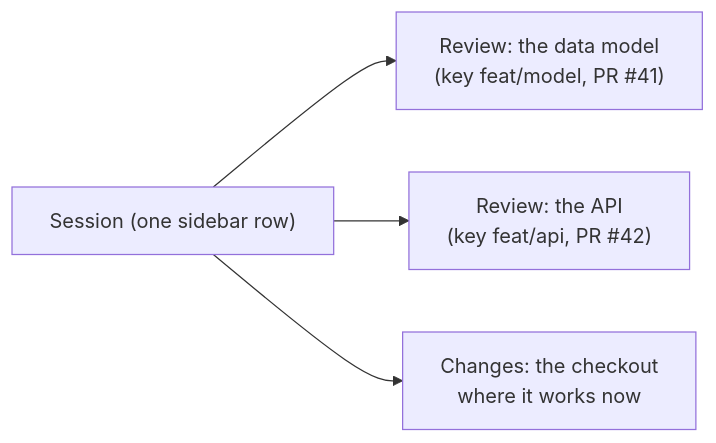
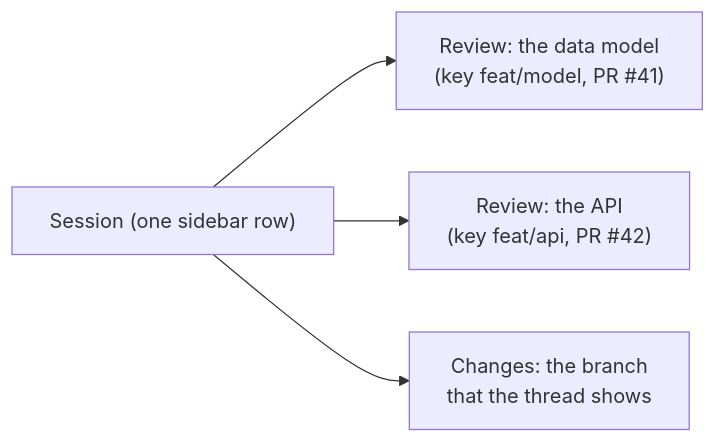
Before and after one commit to zsh-eng/workbench: the second of 4 diagrams in apps/med/docs/USER_FLOWS.md, drawn with Mermaid. The commit also changed other lines of this file and 36 other files, not shown here.

First line of the commit message:
med: a thread's view stays apart from its agent's checkout, the session rail has flat Thread, Agent, Reviews and Pull requests sections, forks start in Auto, and the prompt list is gone

````diff
--- a/apps/med/docs/USER_FLOWS.md
+++ b/apps/med/docs/USER_FLOWS.md
@@ -62,6 +62,6 @@
 ```mermaid
 flowchart LR
   S["Session (one sidebar row)"] --> R1["Review: the data model<br/>(key feat/model, PR #41)"]
   S --> R2["Review: the API<br/>(key feat/api, PR #42)"]
-  S --> C["Changes: the checkout<br/>where it works now"]
+  S --> C["Changes: the branch<br/>that the thread shows"]
 ```
````
